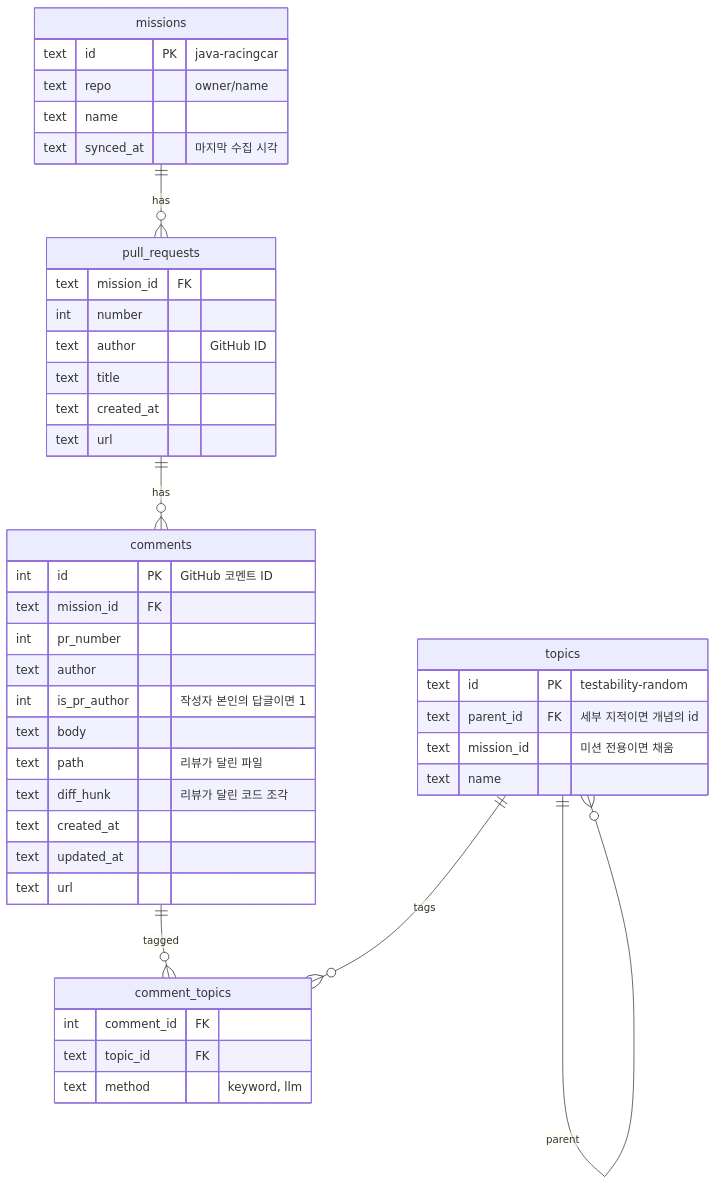
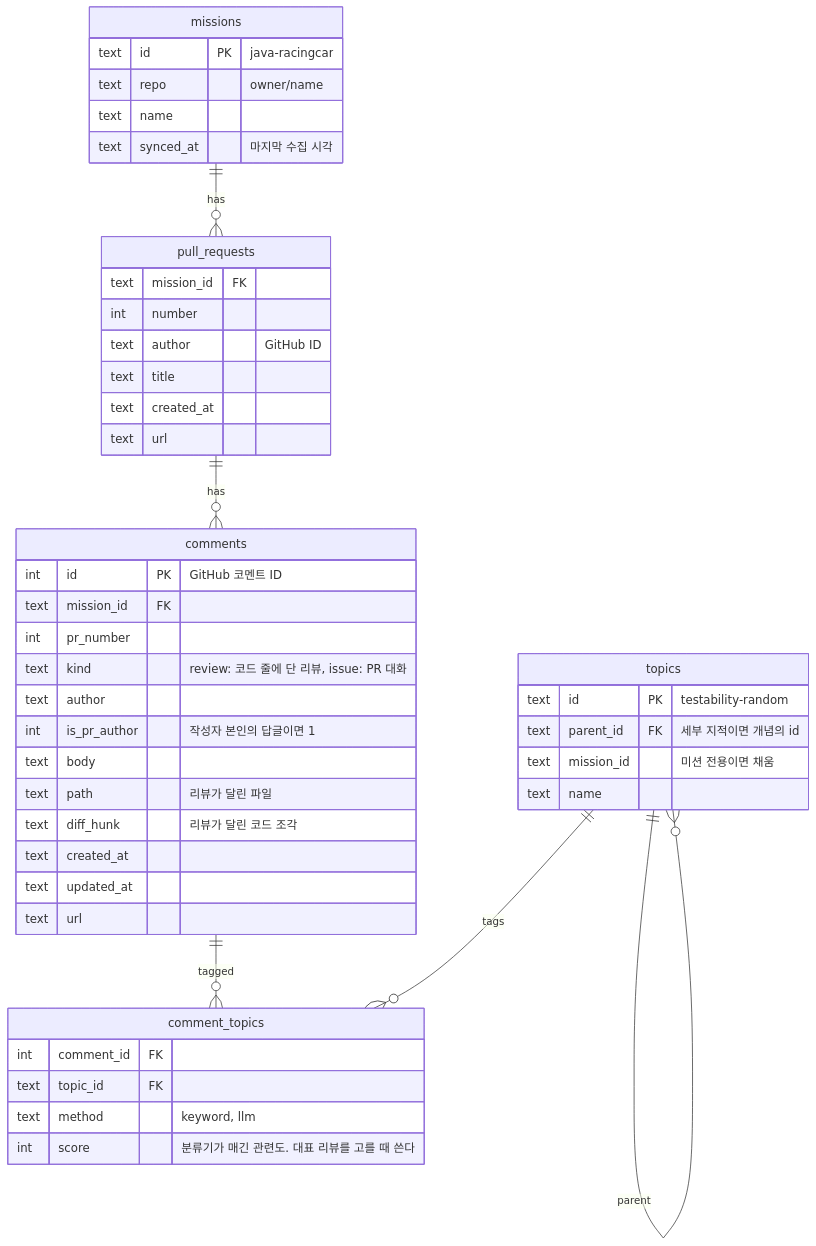
One commit to cho-log/cholog-mcp changed the second of 2 diagrams in docs/tool-spec.md. Above: the diagram before and after it, drawn with Mermaid. The commit also changed other lines of this file, not shown here.

````diff
--- a/docs/tool-spec.md
+++ b/docs/tool-spec.md
@@ -191,47 +193,49 @@
 ```mermaid
 erDiagram
     missions ||--o{ pull_requests : has
     pull_requests ||--o{ comments : has
     comments ||--o{ comment_topics : tagged
     topics ||--o{ comment_topics : tags
     topics ||--o{ topics : parent
 
     missions {
         text id PK "java-racingcar"
         text repo "owner/name"
         text name
         text synced_at "마지막 수집 시각"
     }
     pull_requests {
         text mission_id FK
         int number
         text author "GitHub ID"
         text title
         text created_at
         text url
     }
     comments {
         int id PK "GitHub 코멘트 ID"
         text mission_id FK
         int pr_number
+        text kind "review: 코드 줄에 단 리뷰, issue: PR 대화"
         text author
         int is_pr_author "작성자 본인의 답글이면 1"
         text body
         text path "리뷰가 달린 파일"
         text diff_hunk "리뷰가 달린 코드 조각"
         text created_at
         text updated_at
         text url
     }
     topics {
         text id PK "testability-random"
         text parent_id FK "세부 지적이면 개념의 id"
         text mission_id "미션 전용이면 채움"
         text name
     }
     comment_topics {
         int comment_id FK
         text topic_id FK
         text method "keyword, llm"
+        int score "분류기가 매긴 관련도. 대표 리뷰를 고를 때 쓴다"
     }
 ```
````
